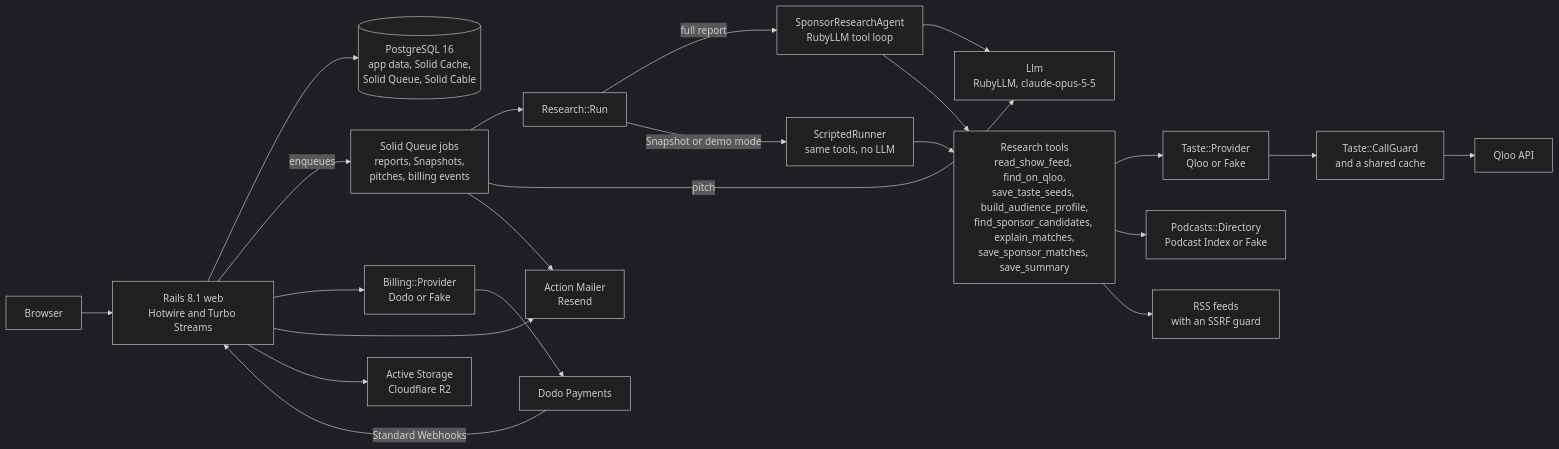
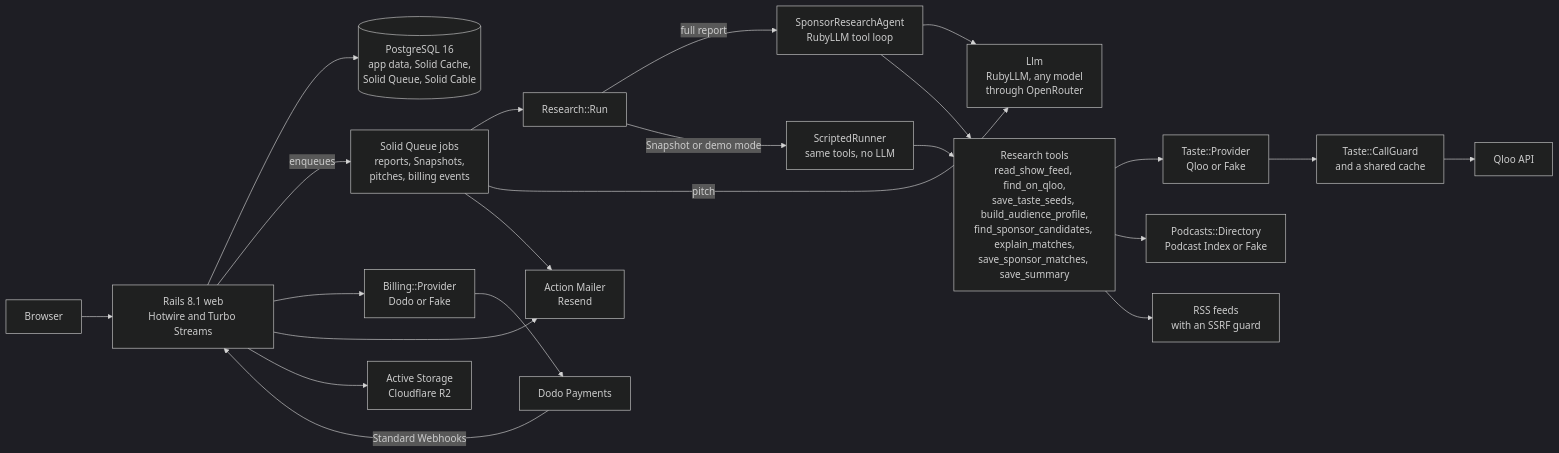
One commit to inventionsbyhamid/midrolo changed the diagram in README.md. Above: the diagram before and after it, drawn with Mermaid (dark theme). The commit also changed other lines of this file and 9 other files, not shown here.

Commit message:
docs: name OpenRouter, not the model, on the site and in the docs (R138)

````diff
--- a/README.md
+++ b/README.md
@@ -44,23 +44,23 @@
 ```mermaid
 flowchart LR
   browser["Browser"] --> web["Rails 8.1 web<br/>Hotwire and Turbo Streams"]
   web --> db[("PostgreSQL 16<br/>app data, Solid Cache,<br/>Solid Queue, Solid Cable")]
   web -->|enqueues| jobs["Solid Queue jobs<br/>reports, Snapshots,<br/>pitches, billing events"]
   jobs --> run["Research::Run"]
   run -->|full report| agent["SponsorResearchAgent<br/>RubyLLM tool loop"]
   run -->|Snapshot or demo mode| scripted["ScriptedRunner<br/>same tools, no LLM"]
-  agent --> llm["Llm<br/>RubyLLM, claude-opus-5-5"]
+  agent --> llm["Llm<br/>RubyLLM, any model<br/>through OpenRouter"]
   jobs -->|pitch| llm
   agent --> tools["Research tools<br/>read_show_feed, find_on_qloo,<br/>save_taste_seeds, build_audience_profile,<br/>find_sponsor_candidates, explain_matches,<br/>save_sponsor_matches, save_summary"]
   scripted --> tools
   tools --> taste["Taste::Provider<br/>Qloo or Fake"]
   tools --> directory["Podcasts::Directory<br/>Podcast Index or Fake"]
   tools --> feeds["RSS feeds<br/>with an SSRF guard"]
   taste --> guard["Taste::CallGuard<br/>and a shared cache"]
   guard --> qloo["Qloo API"]
   web --> billing["Billing::Provider<br/>Dodo or Fake"]
   billing --> dodo["Dodo Payments"]
   dodo -->|Standard Webhooks| web
   web & jobs --> mail["Action Mailer<br/>Resend"]
   web --> storage["Active Storage<br/>Cloudflare R2"]
 ```
````
